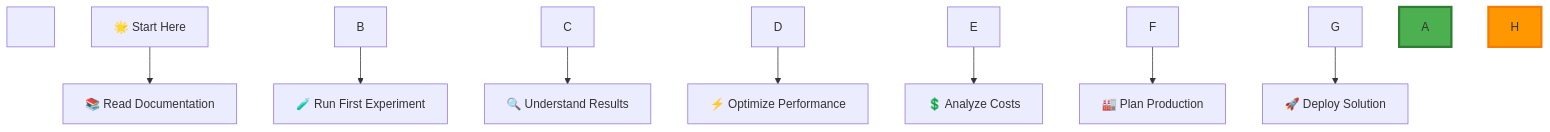
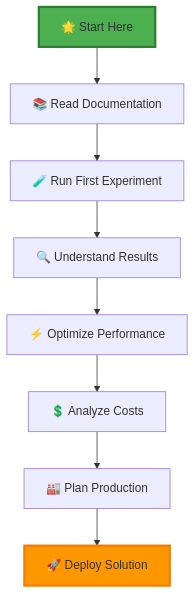
One commit to dhruvsh1997/LiteLLM-Experiments changed the eighth of 8 diagrams in README.MD. Above: the diagram before and after it, drawn with Mermaid. The commit also changed other lines of this file, not shown here.

````diff
--- a/README.MD
+++ b/README.MD
@@ -1093,25 +557,13 @@
 ```mermaid
-
 graph TD
-
-&nbsp;   A\[🌟 Start Here] --> B\[📚 Read Documentation]
-
-&nbsp;   B --> C\[🧪 Run First Experiment]
-
-&nbsp;   C --> D\[🔍 Understand Results]
-
-&nbsp;   D --> E\[⚡ Optimize Performance]
-
-&nbsp;   E --> F\[💲 Analyze Costs]
-
-&nbsp;   F --> G\[🏭 Plan Production]
-
-&nbsp;   G --> H\[🚀 Deploy Solution]
-
-&nbsp;   
-
-&nbsp;   style A fill:#4CAF50,stroke:#2E7D32,stroke-width:3px
-
-&nbsp;   style H fill:#FF9800,stroke:#F57C00,stroke-width:3px
-
+    A[🌟 Start Here] --> B[📚 Read Documentation]
+    B --> C[🧪 Run First Experiment]
+    C --> D[🔍 Understand Results]
+    D --> E[⚡ Optimize Performance]
+    E --> F[💲 Analyze Costs]
+    F --> G[🏭 Plan Production]
+    G --> H[🚀 Deploy Solution]
+    
+    style A fill:#4CAF50,stroke:#2E7D32,stroke-width:3px
+    style H fill:#FF9800,stroke:#F57C00,stroke-width:3px
 ```
````
